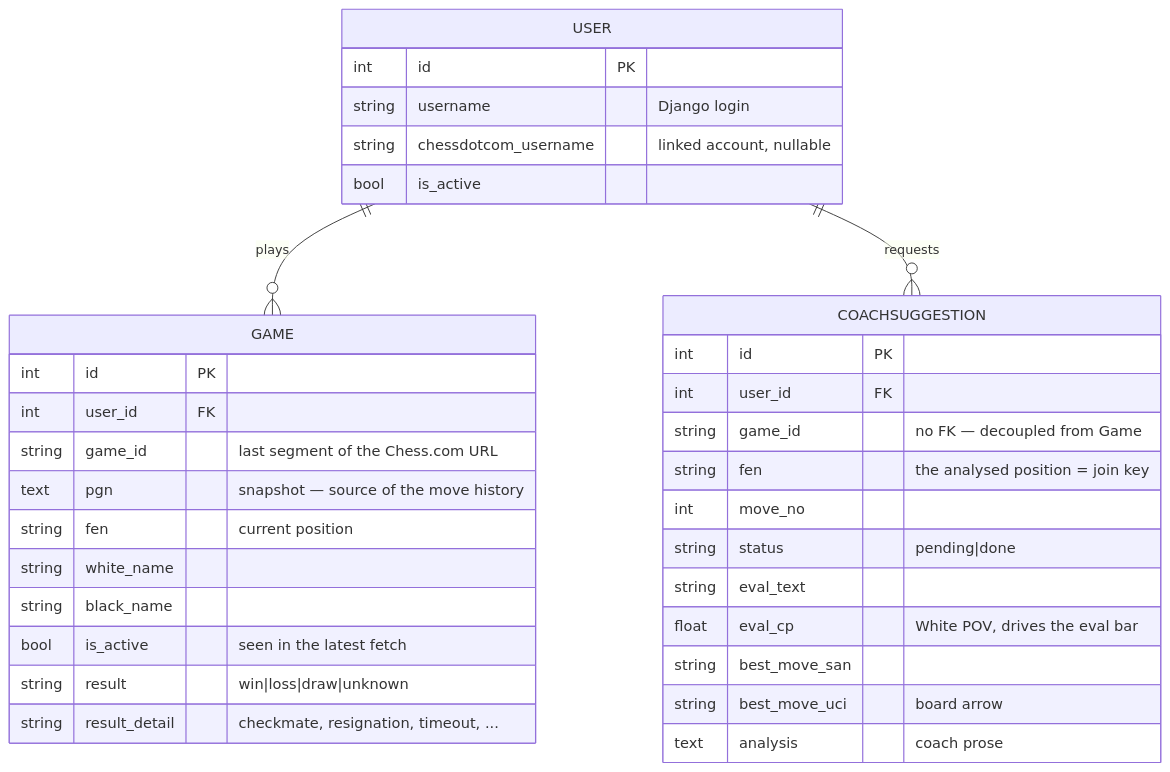
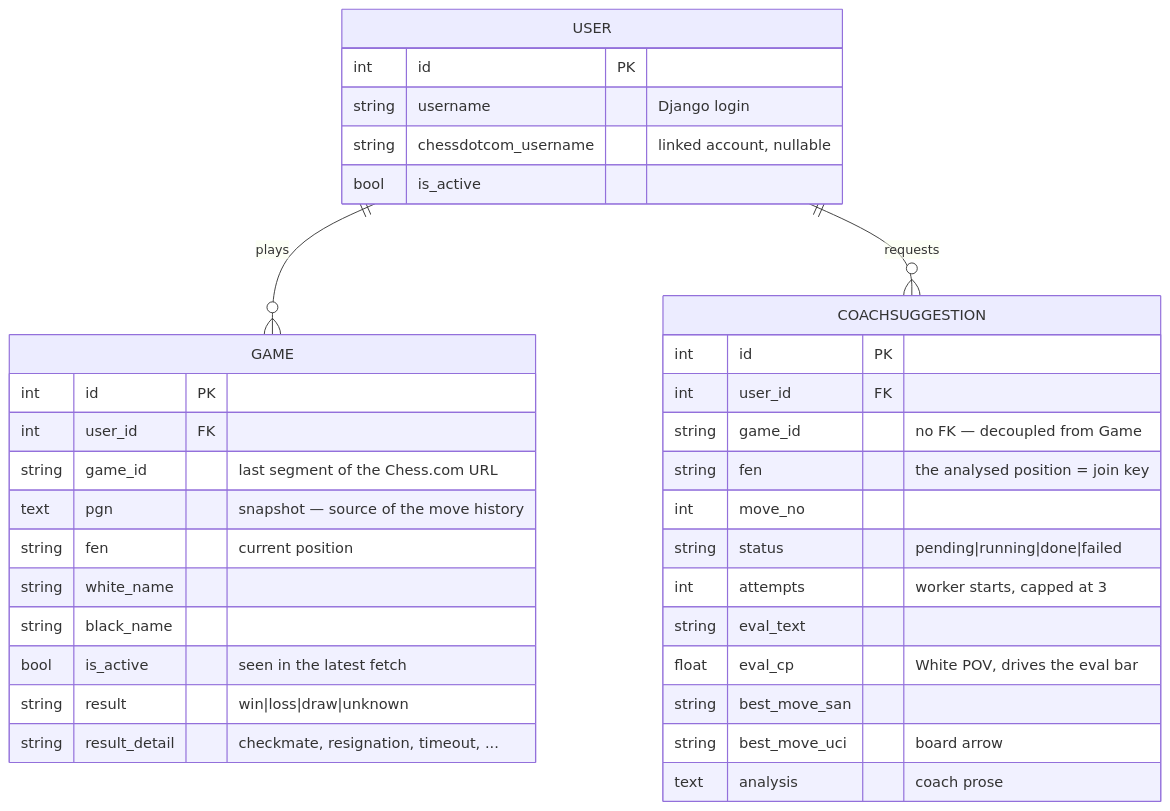
The first of 2 diagrams in docs/data-model.md (gab-25/chessdotcom_ai_coach), drawn with Mermaid before and after one commit. The commit also changed other lines of this file and 29 other files, not shown here.

````diff
--- a/docs/data-model.md
+++ b/docs/data-model.md
@@ -9,39 +9,40 @@
 ```mermaid
 erDiagram
     USER ||--o{ GAME : "plays"
     USER ||--o{ COACHSUGGESTION : "requests"
 
     USER {
         int id PK
         string username "Django login"
         string chessdotcom_username "linked account, nullable"
         bool is_active
     }
 
     GAME {
         int id PK
         int user_id FK
         string game_id "last segment of the Chess.com URL"
         text pgn "snapshot — source of the move history"
         string fen "current position"
         string white_name
         string black_name
         bool is_active "seen in the latest fetch"
         string result "win|loss|draw|unknown"
         string result_detail "checkmate, resignation, timeout, ..."
     }
 
     COACHSUGGESTION {
         int id PK
         int user_id FK
         string game_id "no FK — decoupled from Game"
         string fen "the analysed position = join key"
         int move_no
-        string status "pending|done"
+        string status "pending|running|done|failed"
+        int attempts "worker starts, capped at 3"
         string eval_text
         float eval_cp "White POV, drives the eval bar"
         string best_move_san
         string best_move_uci "board arrow"
         text analysis "coach prose"
     }
 ```
````
